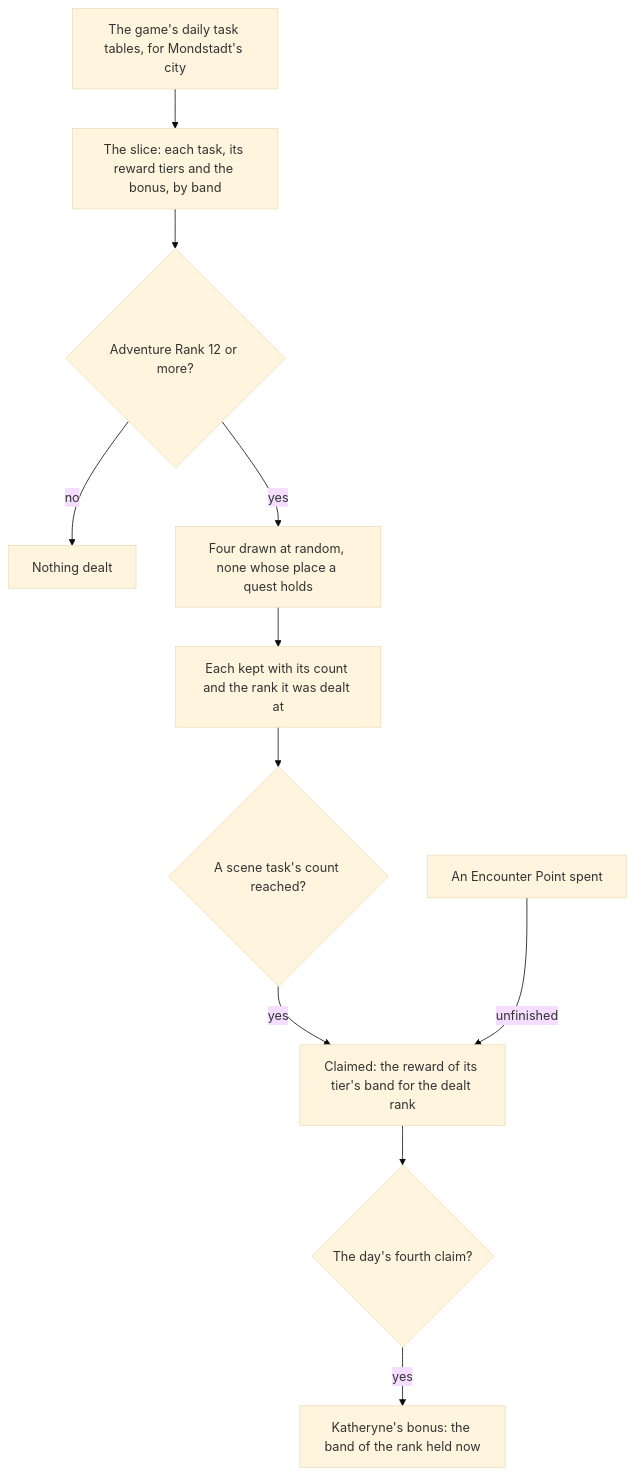
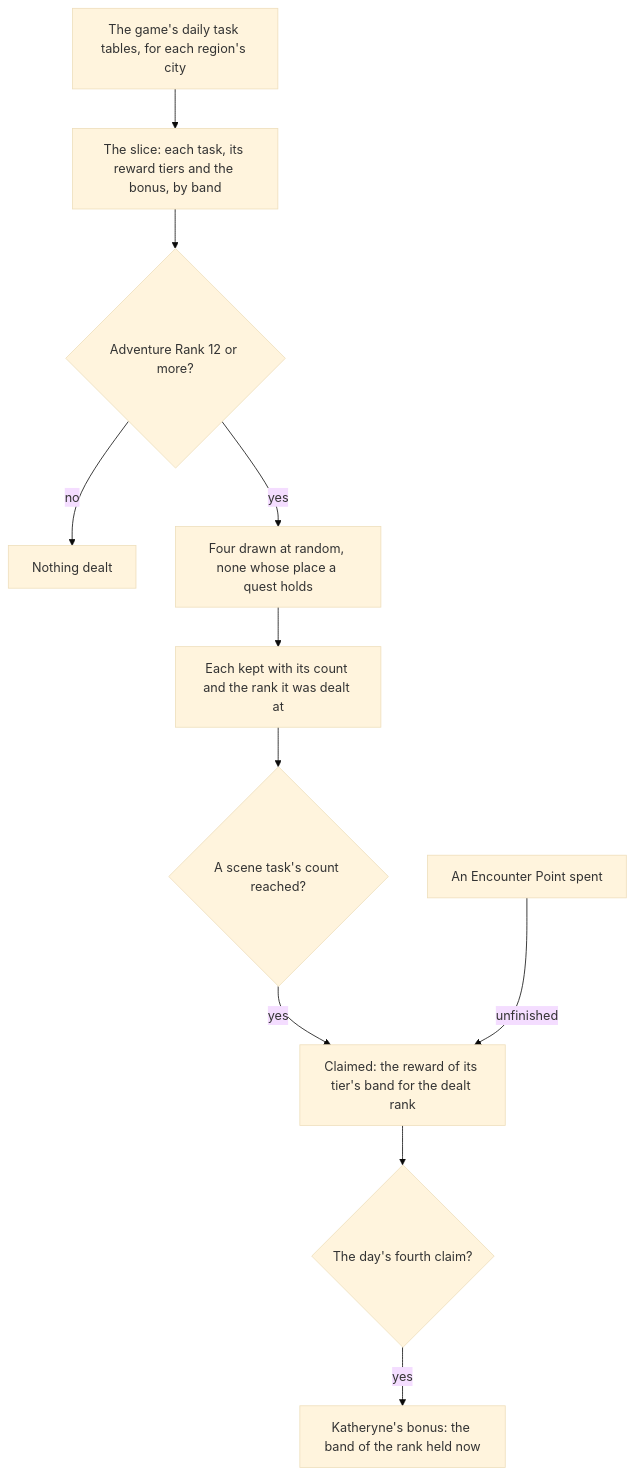
The diagram in openspec/specs/genshin/commissions/design.md (Esposter/Esposter), drawn with Mermaid (base theme) before and after one commit. The commit also changed 2 other files, not shown here.

Commit message:
docs(genshin): commissions are read for every region, one record each

````diff
--- a/openspec/specs/genshin/commissions/design.md
+++ b/openspec/specs/genshin/commissions/design.md
@@ -7,13 +7,13 @@
 ```mermaid
 flowchart TD
-  T["The game's daily task tables, for Mondstadt's city"] --> S["The slice: each task, its reward tiers and the bonus, by band"]
+  T["The game's daily task tables, for each region's city"] --> S["The slice: each task, its reward tiers and the bonus, by band"]
   S --> RANK{"Adventure Rank 12 or more?"}
   RANK -->|"no"| NONE["Nothing dealt"]
   RANK -->|"yes"| DEAL["Four drawn at random, none whose place a quest holds"]
   DEAL --> KEPT["Each kept with its count and the rank it was dealt at"]
   KEPT --> FIN{"A scene task's count reached?"}
   FIN -->|"yes"| CLAIM["Claimed: the reward of its tier's band for the dealt rank"]
   POINT["An Encounter Point spent"] -->|"unfinished"| CLAIM
   CLAIM --> FOURTH{"The day's fourth claim?"}
   FOURTH -->|"yes"| BONUS["Katheryne's bonus: the band of the rank held now"]
 ```
````
